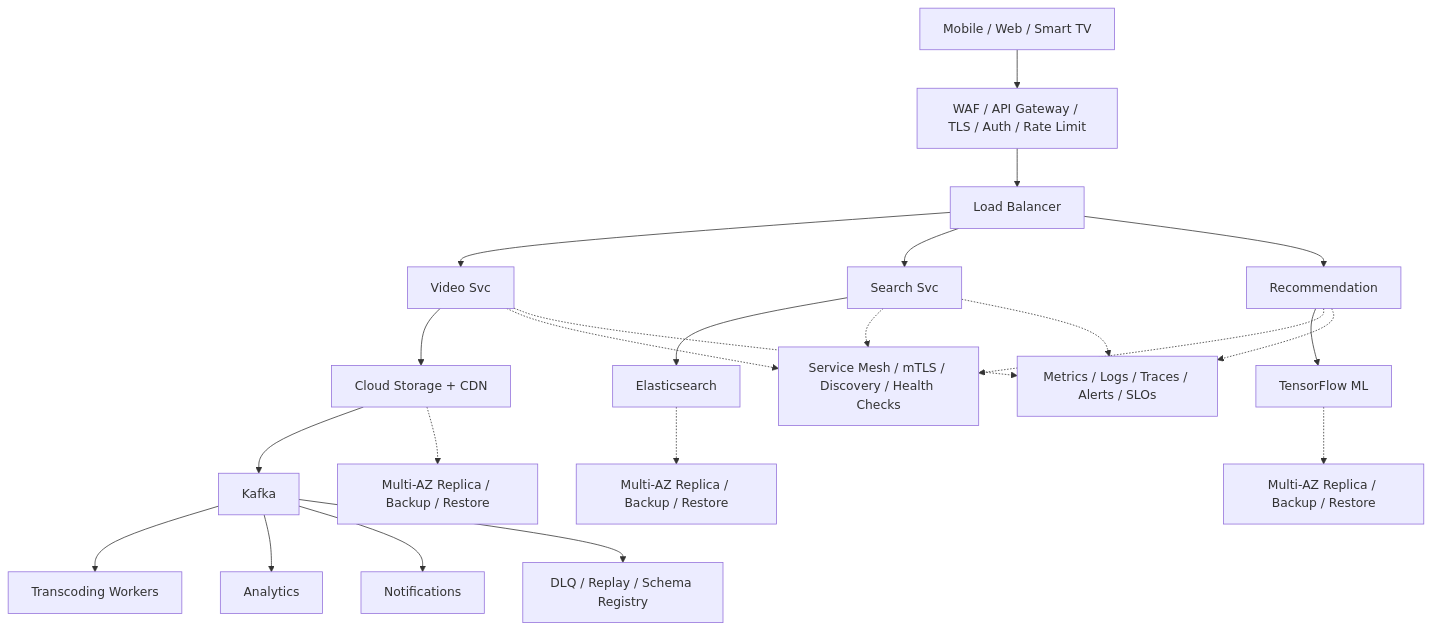
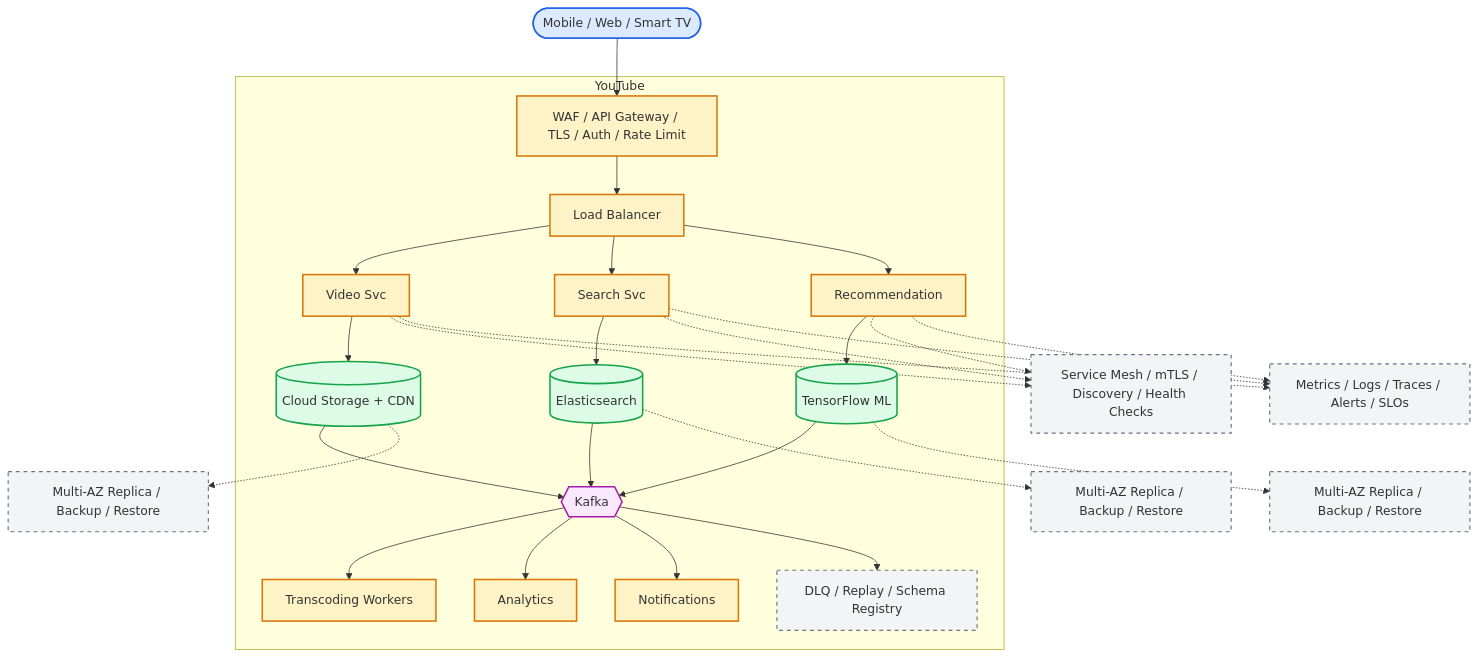
Before and after one commit to aishwary11/system-design: the diagram in system-design-youtube.md, drawn with Mermaid. The commit also changed other lines of this file and 36 other files, not shown here.

First line of the commit message:
Standardize all diagrams on C4-style Mermaid template

````diff
--- a/system-design-youtube.md
+++ b/system-design-youtube.md
@@ -40,25 +40,65 @@
 ```mermaid
 flowchart TB
-    clients["Mobile / Web / Smart TV"] --> edge["WAF / API Gateway / TLS / Auth / Rate Limit"]
-    edge --> lb["Load Balancer"]
-    lb --> svc0["Video Svc"]
-    lb --> svc1["Search Svc"]
-    lb --> svc2["Recommendation"]
-    svc0 --> store0["Cloud Storage + CDN"]
-    svc1 --> store1["Elasticsearch"]
-    svc2 --> store2["TensorFlow ML"]
-    store0 --> stream["Kafka"]
-    stream --> worker0["Transcoding Workers"]
-    stream --> worker1["Analytics"]
-    stream --> worker2["Notifications"]
-    svc0 -.-> platform["Service Mesh / mTLS / Discovery / Health Checks"]
-    svc1 -.-> platform
-    svc2 -.-> platform
-    store0 -.-> backup0["Multi-AZ Replica / Backup / Restore"]
-    store1 -.-> backup1["Multi-AZ Replica / Backup / Restore"]
-    store2 -.-> backup2["Multi-AZ Replica / Backup / Restore"]
-    stream --> dlq["DLQ / Replay / Schema Registry"]
-    svc0 -.-> ops["Metrics / Logs / Traces / Alerts / SLOs"]
+    %% Actors (people)
+    clients(["Mobile / Web / Smart TV"])
+
+    %% System boundary - containers owned by the platform
+    subgraph platform["YouTube"]
+        edge["WAF / API Gateway / TLS / Auth / Rate Limit"]
+        lb["Load Balancer"]
+        svc0["Video Svc"]
+        svc1["Search Svc"]
+        svc2["Recommendation"]
+        store0[("Cloud Storage + CDN")]
+        store1[("Elasticsearch")]
+        store2[("TensorFlow ML")]
+        stream{{"Kafka"}}
+        worker0["Transcoding Workers"]
+        worker1["Analytics"]
+        worker2["Notifications"]
+        dlq["DLQ / Replay / Schema Registry"]
+    end
+
+    %% Cross-cutting control plane (dashed edges)
+    mesh["Service Mesh / mTLS / Discovery / Health Checks"]
+    ops["Metrics / Logs / Traces / Alerts / SLOs"]
+    backup0["Multi-AZ Replica / Backup / Restore"]
+    backup1["Multi-AZ Replica / Backup / Restore"]
+    backup2["Multi-AZ Replica / Backup / Restore"]
+
+    clients --> edge
+    edge --> lb
+    lb --> svc0
+    lb --> svc1
+    lb --> svc2
+    svc0 --> store0
+    svc1 --> store1
+    svc2 --> store2
+    store0 --> stream
+    store1 --> stream
+    store2 --> stream
+    stream --> worker0
+    stream --> worker1
+    stream --> worker2
+    stream --> dlq
+    svc0 -.-> mesh
+    svc1 -.-> mesh
+    svc2 -.-> mesh
+    svc0 -.-> ops
     svc1 -.-> ops
     svc2 -.-> ops
+    store0 -.-> backup0
+    store1 -.-> backup1
+    store2 -.-> backup2
+
+    classDef actor fill:#dbeafe,stroke:#2563eb,stroke-width:2px
+    classDef service fill:#fef3c7,stroke:#d97706,stroke-width:2px
+    classDef store fill:#dcfce7,stroke:#16a34a,stroke-width:2px
+    classDef broker fill:#fae8ff,stroke:#a21caf,stroke-width:2px
+    classDef control fill:#f3f4f6,stroke:#6b7280,stroke-width:1.5px,stroke-dasharray:5 5
+    class clients actor
+    class edge,lb,svc0,svc1,svc2,worker0,worker1,worker2 service
+    class store0,store1,store2 store
+    class stream broker
+    class dlq,mesh,ops,backup0,backup1,backup2 control
 ```
````
